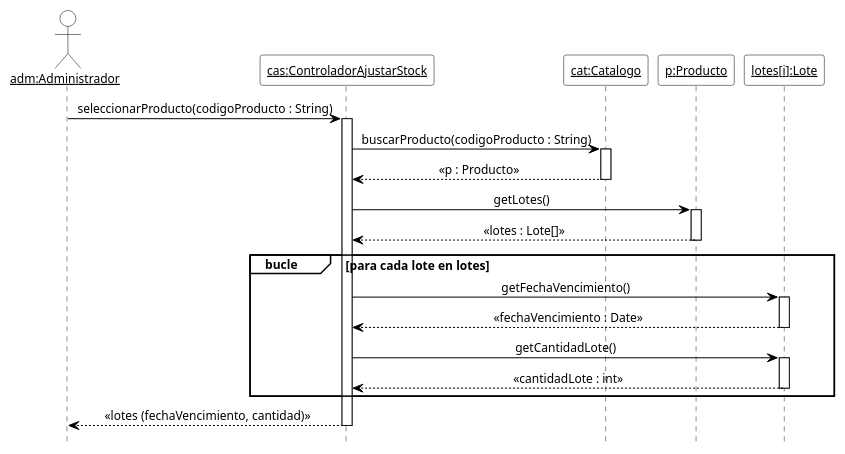
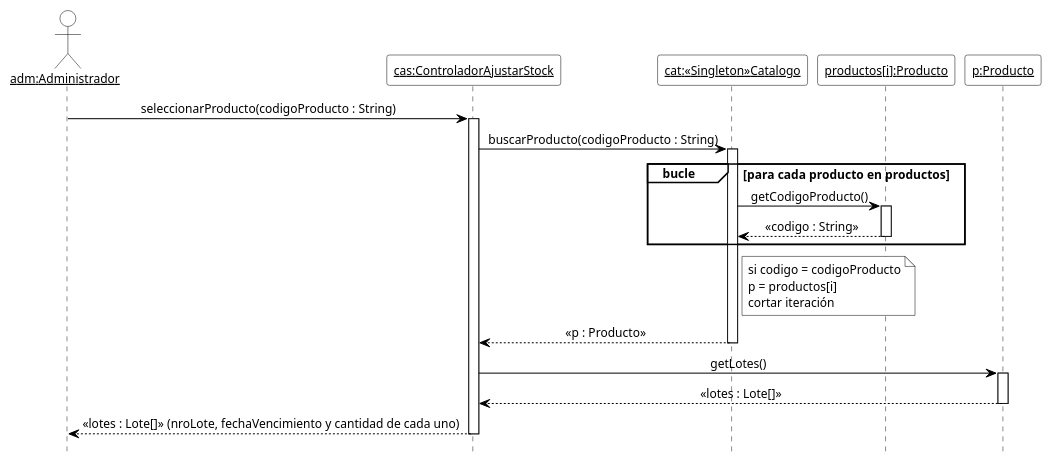
Diagram 12 of 17 in 08-Diagrama De Secuencia/Diagramas_de_Secuencia.md (cirotop/Stock-Project), drawn with PlantUML before and after one commit. The commit also changed other lines of this file and 36 other files, not shown here.

````diff
--- a/08-Diagrama De Secuencia/Diagramas_de_Secuencia.md
+++ b/08-Diagrama De Secuencia/Diagramas_de_Secuencia.md
@@ -712,43 +863,48 @@
 ```plantuml
 @startuml DSD_CU-06_seleccionarProducto
 ' Diagrama de Secuencia de Diseño (DSD) - CU-06 Ajustar stock - seleccionarProducto
 ' Estilo de los ejemplos de la teoría (introducirArticulo / crearNuevaVenta).
 hide footbox
 skinparam shadowing false
 skinparam defaultFontName Arial
 skinparam defaultFontSize 12
 skinparam sequenceMessageAlign center
 skinparam ArrowColor black
 skinparam ParticipantBackgroundColor white
 skinparam ParticipantBorderColor black
+skinparam CollectionsBackgroundColor white
+skinparam CollectionsBorderColor black
 skinparam ActorBackgroundColor white
 skinparam ActorBorderColor black
 skinparam LifeLineBorderColor black
 skinparam LifeLineBackgroundColor white
 skinparam SequenceGroupBackgroundColor white
 skinparam SequenceGroupBorderColor black
 skinparam SequenceGroupHeaderFontColor black
 skinparam NoteBackgroundColor white
 skinparam NoteBorderColor black
 
 actor "<u>adm:Administrador</u>" as adm
 participant "<u>cas:ControladorAjustarStock</u>" as cas
-participant "<u>cat:Catalogo</u>" as cat
+participant "<u>cat:«Singleton»Catalogo</u>" as cat
+participant "<u>productos[i]:Producto</u>" as pi
 participant "<u>p:Producto</u>" as p
-participant "<u>lotes[i]:Lote</u>" as li
 
 adm -> cas ++ : seleccionarProducto(codigoProducto : String)
 cas -> cat ++ : buscarProducto(codigoProducto : String)
+group bucle [para cada producto en productos]
+  cat -> pi ++ : getCodigoProducto()
+  pi --> cat -- : «codigo : String»
+end
+note right of cat
+  si codigo = codigoProducto
+  p = productos[i]
+  cortar iteración
+end note
 cat --> cas -- : «p : Producto»
 cas -> p ++ : getLotes()
 p --> cas -- : «lotes : Lote[]»
-group bucle [para cada lote en lotes]
-  cas -> li ++ : getFechaVencimiento()
-  li --> cas -- : «fechaVencimiento : Date»
-  cas -> li ++ : getCantidadLote()
-  li --> cas -- : «cantidadLote : int»
-end
-cas --> adm -- : «lotes (fechaVencimiento, cantidad)»
+cas --> adm -- : «lotes : Lote[]» (nroLote, fechaVencimiento y cantidad de cada uno)
 
 @enduml
 ```
````
